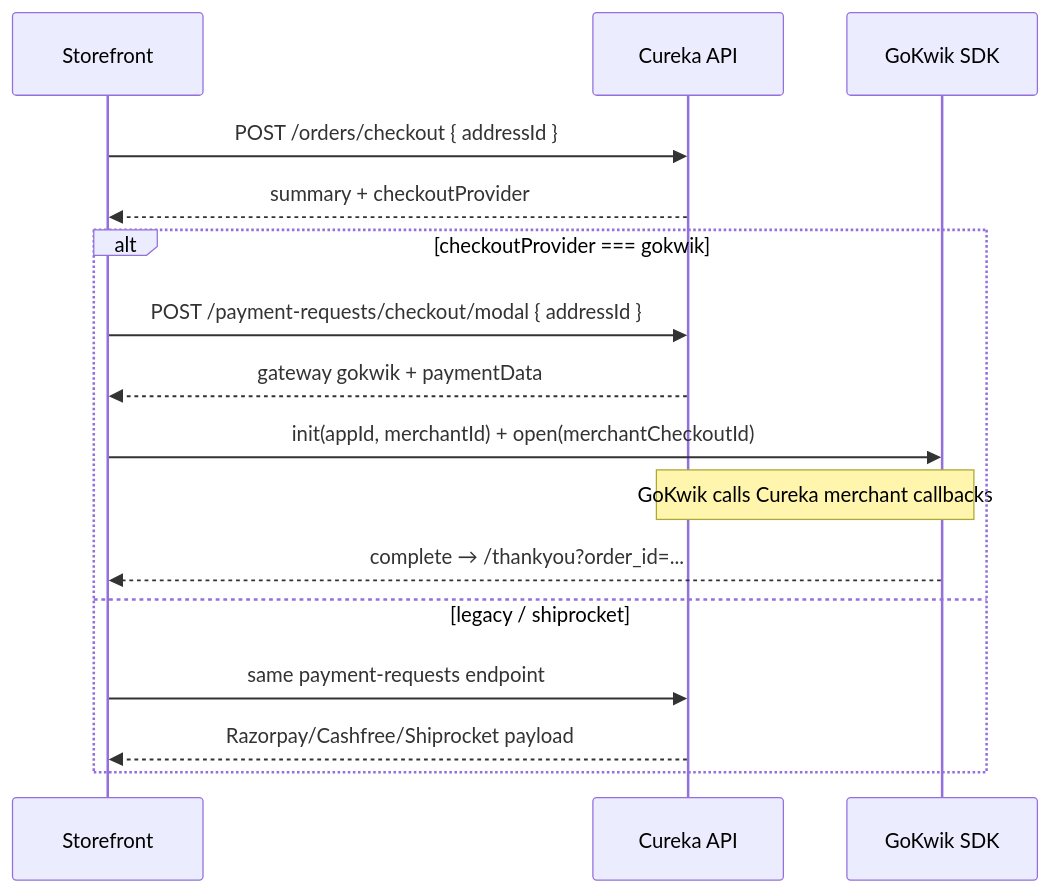
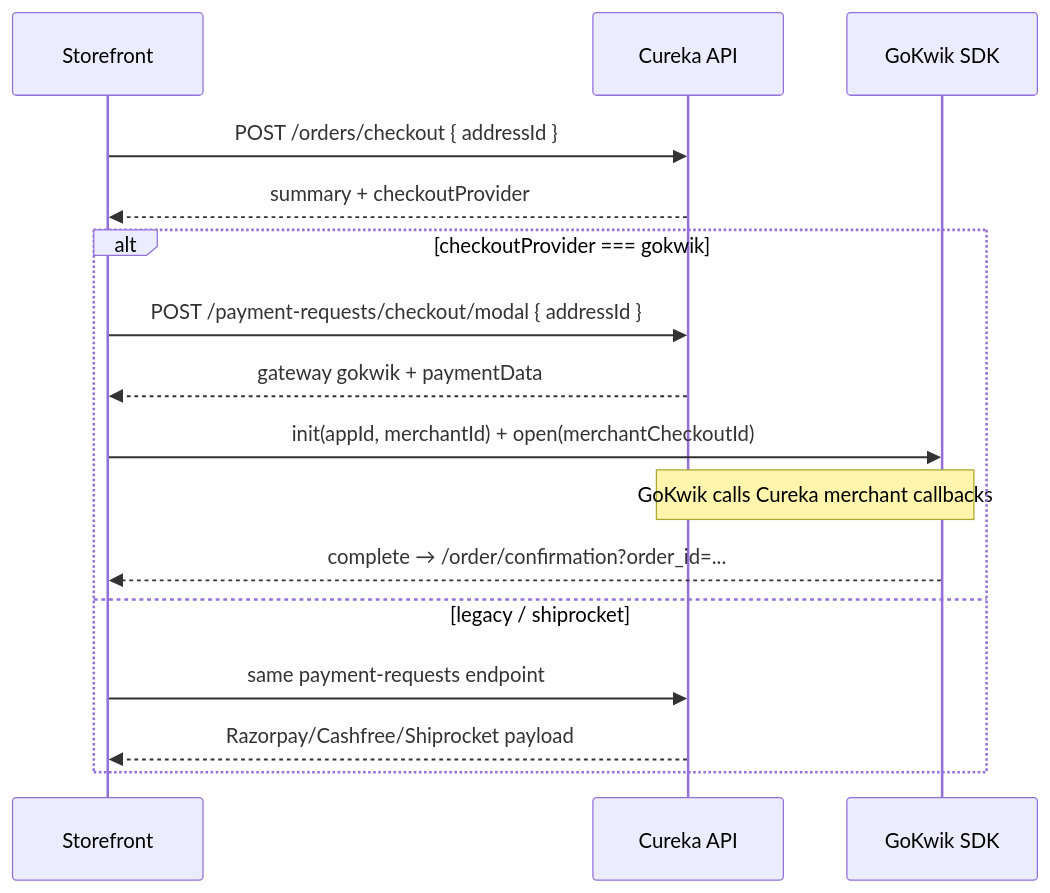
Before and after one commit to CurekaTech/cureka-backend: the diagram in docs/frontend-gokwik-checkout.md, drawn with Mermaid. The commit also changed other lines of this file and 14 other files, not shown here.

````diff
--- a/docs/frontend-gokwik-checkout.md
+++ b/docs/frontend-gokwik-checkout.md
@@ -28,19 +28,19 @@
 ```mermaid
 sequenceDiagram
   participant FE as Storefront
   participant API as Cureka API
   participant GK as GoKwik SDK
 
   FE->>API: POST /orders/checkout { addressId }
   API-->>FE: summary + checkoutProvider
   alt checkoutProvider === gokwik
     FE->>API: POST /payment-requests/checkout/modal { addressId }
     API-->>FE: gateway gokwik + paymentData
     FE->>GK: init(appId, merchantId) + open(merchantCheckoutId)
     Note over GK,API: GoKwik calls Cureka merchant callbacks
-    GK-->>FE: complete → /thankyou?order_id=...
+    GK-->>FE: complete → /order/confirmation?order_id=...
   else legacy / shiprocket
     FE->>API: same payment-requests endpoint
     API-->>FE: Razorpay/Cashfree/Shiprocket payload
   end
 ```
````
